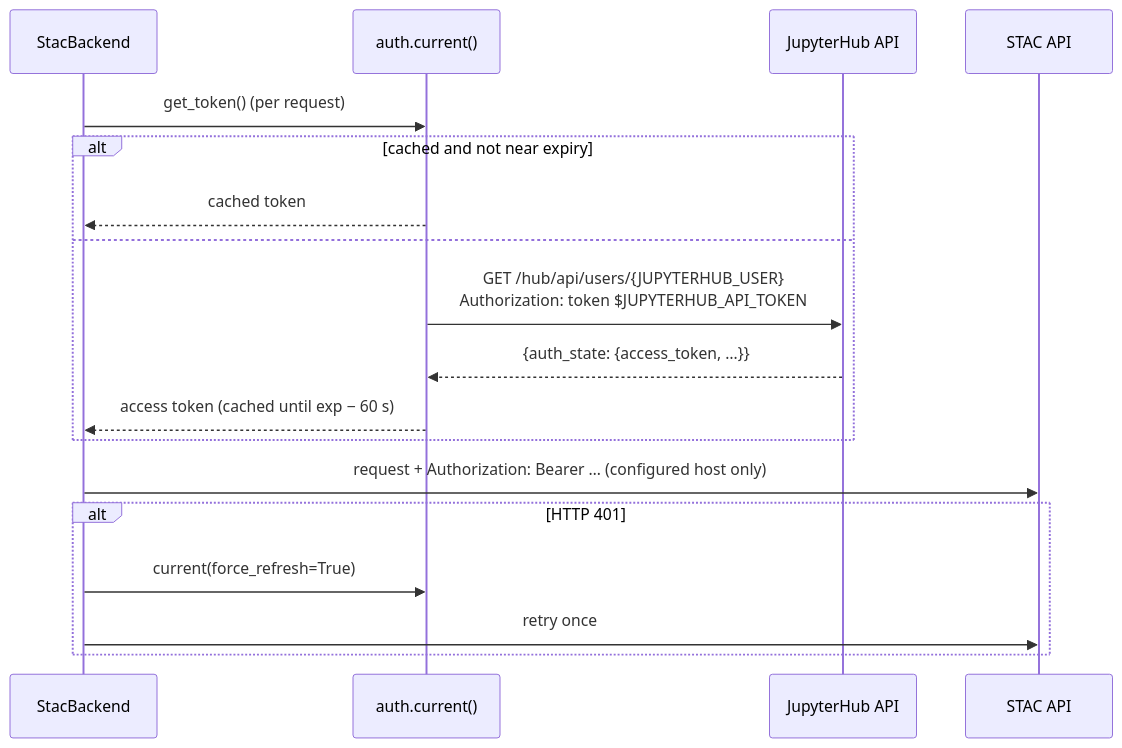
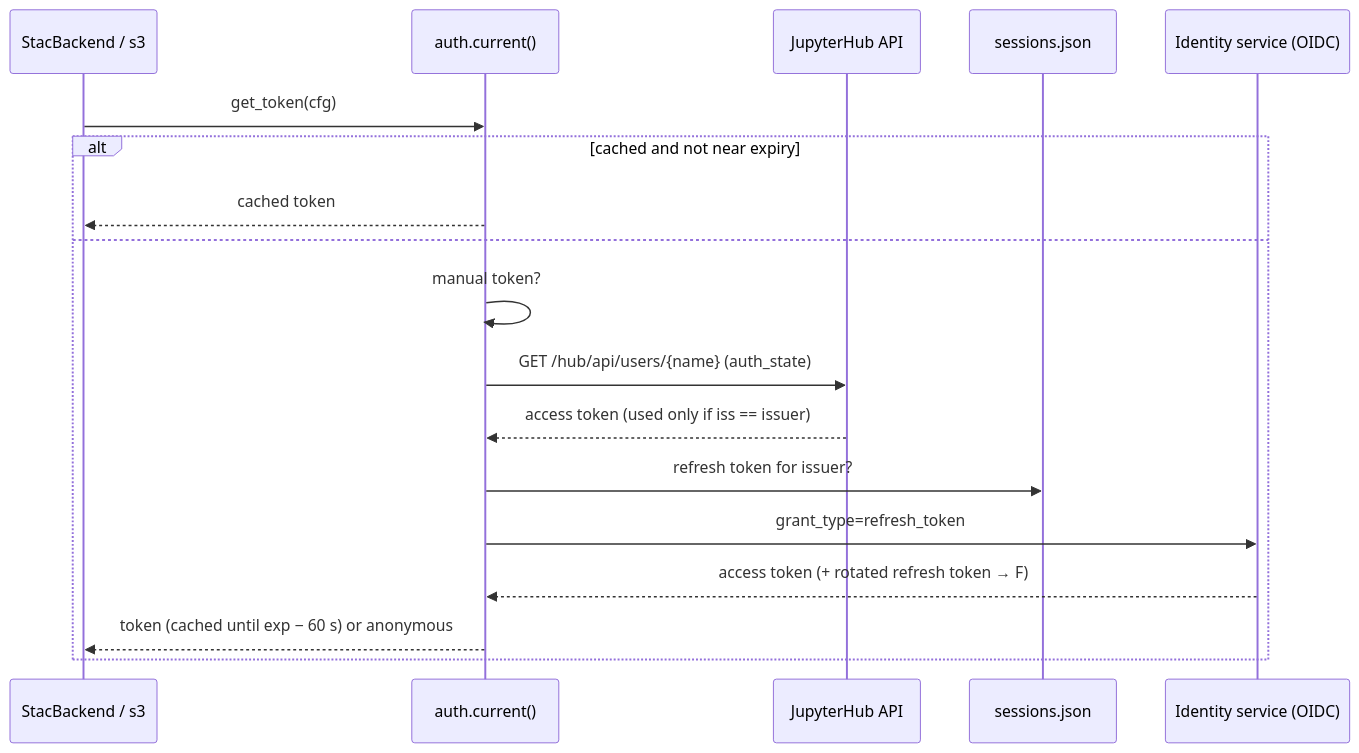
The fourth of 4 diagrams in docs/architecture.md (alek-cesarz/jstex), drawn with Mermaid before and after one commit. The commit also changed other lines of this file and 7 other files, not shown here.

````diff
--- a/docs/architecture.md
+++ b/docs/architecture.md
@@ -282,21 +365,21 @@
 ```mermaid
 sequenceDiagram
-  participant S as StacBackend
+  participant S as StacBackend / s3
   participant A as auth.current()
   participant H as JupyterHub API
-  participant API as STAC API
+  participant F as sessions.json
+  participant I as Identity service (OIDC)
 
-  S->>A: get_token() (per request)
+  S->>A: get_token(cfg)
   alt cached and not near expiry
     A-->>S: cached token
   else
-    A->>H: GET /hub/api/users/{JUPYTERHUB_USER}<br/>Authorization: token $JUPYTERHUB_API_TOKEN
-    H-->>A: {auth_state: {access_token, …}}
-    A-->>S: access token (cached until exp − 60 s)
-  end
-  S->>API: request + Authorization: Bearer … (configured host only)
-  alt HTTP 401
-    S->>A: current(force_refresh=True)
-    S->>API: retry once
+    A->>A: manual token?
+    A->>H: GET /hub/api/users/{name} (auth_state)
+    H-->>A: access token (used only if iss == issuer)
+    A->>F: refresh token for issuer?
+    A->>I: grant_type=refresh_token
+    I-->>A: access token (+ rotated refresh token → F)
+    A-->>S: token (cached until exp − 60 s) or anonymous
   end
 ```
````
